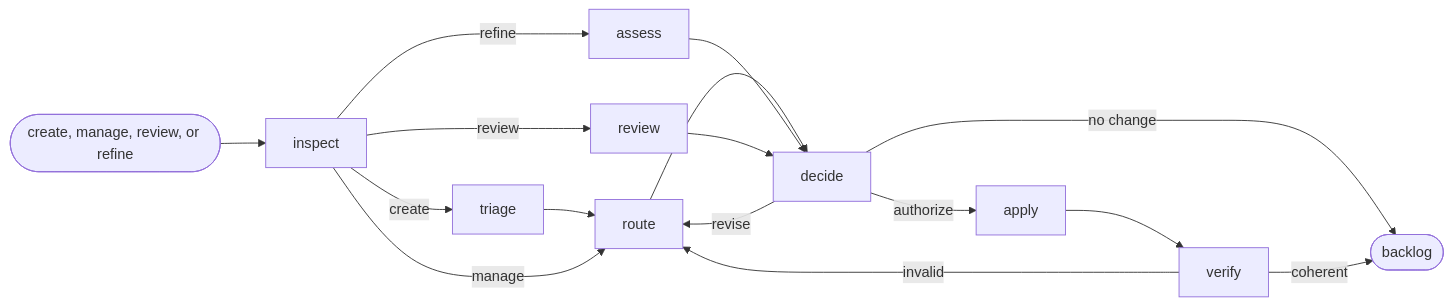
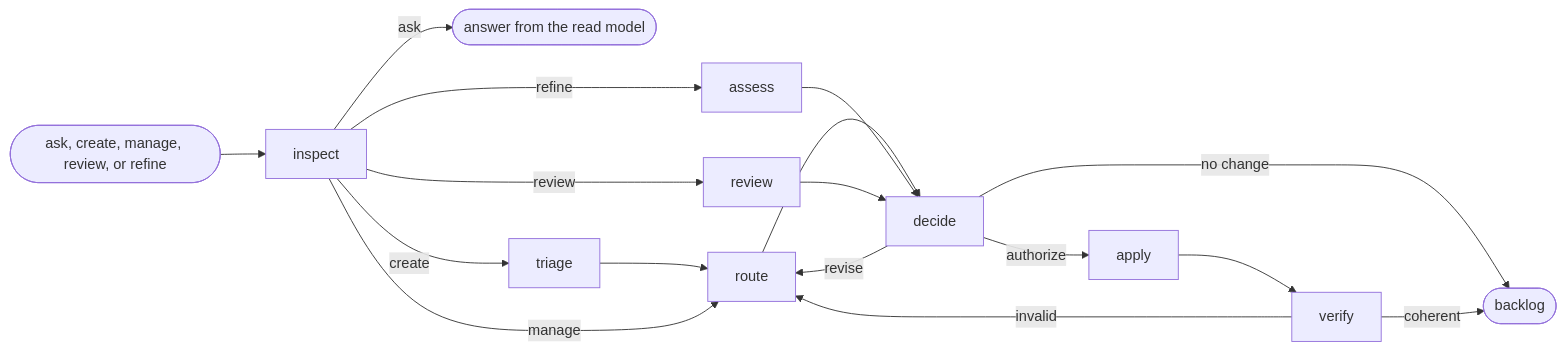
Before and after one commit to ai-driven-dev/aidd-framework: the diagram in plugins/aidd-orchestrator/skills/02-backlog/SKILL.md, drawn with Mermaid. The commit also changed other lines of this file and 32 other files, not shown here.

````diff
--- a/plugins/aidd-orchestrator/skills/02-backlog/SKILL.md
+++ b/plugins/aidd-orchestrator/skills/02-backlog/SKILL.md
@@ -9,16 +9,17 @@
 ```mermaid
 flowchart LR
-  intent([create, manage, review, or refine]) --> inspect
+  intent([ask, create, manage, review, or refine]) --> inspect
+  inspect -->|"ask"| answer([answer from the read model])
   inspect -->|"create"| triage --> route
   inspect -->|"manage"| route
   inspect -->|"refine"| assess
   inspect -->|"review"| review
   route --> decide
   assess --> decide
   review --> decide
   decide -->|"revise"| route
   decide -->|"no change"| done
   decide -->|"authorize"| apply --> verify
   verify -->|"invalid"| route
   verify -->|"coherent"| done([backlog])
 ```
````
